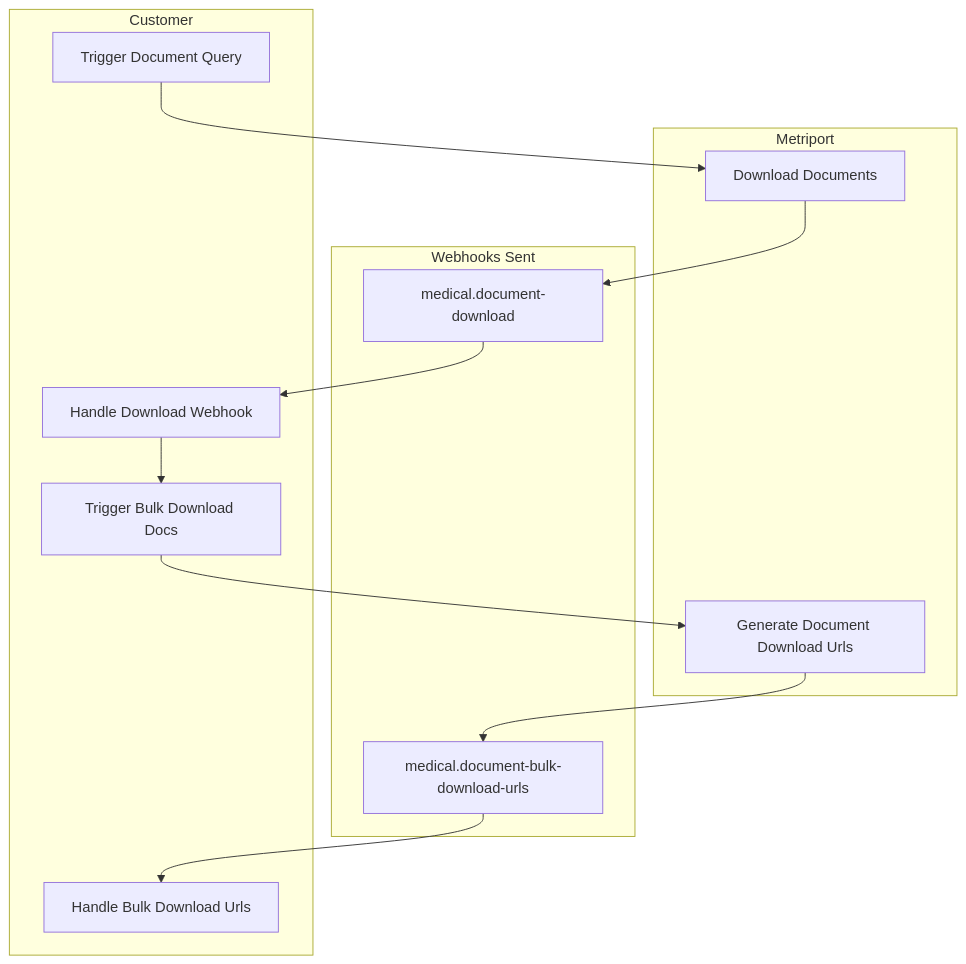
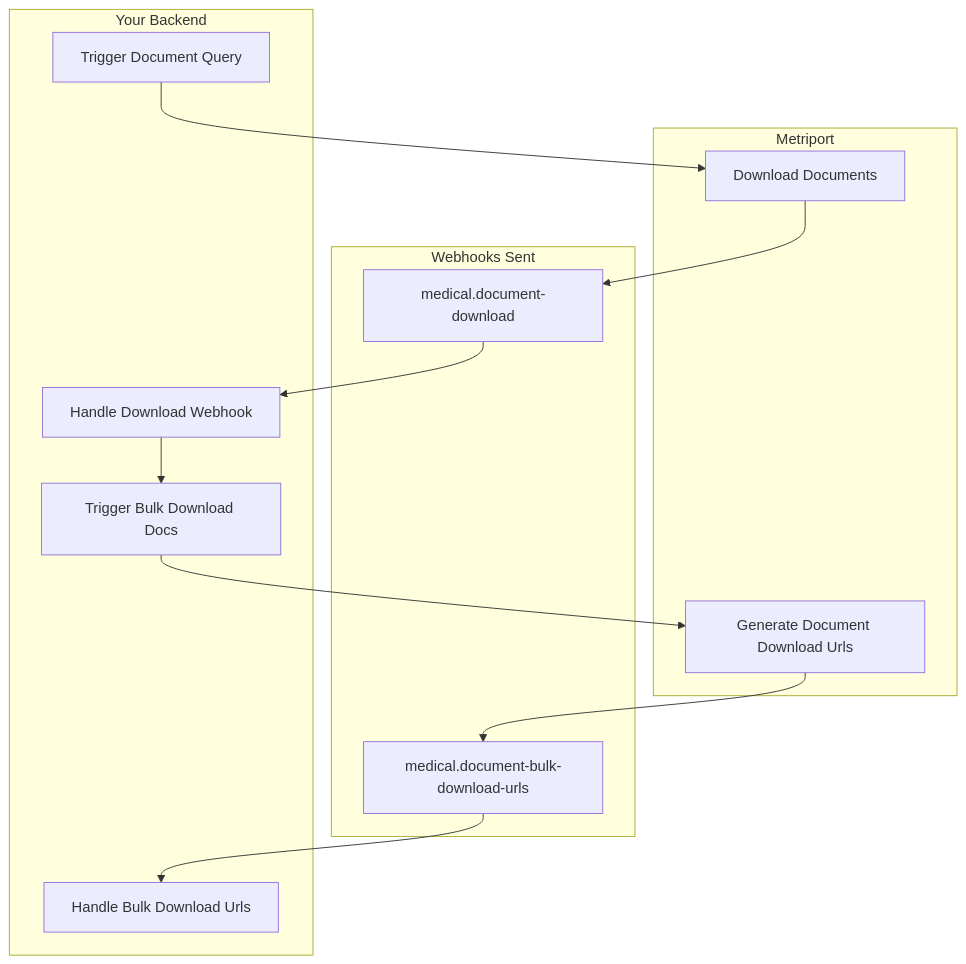
Before and after one commit to metriport/metriport: the first of 2 diagrams in docs/medical-api/more-info/webhooks.mdx, drawn with Mermaid. The commit also changed other lines of this file, not shown here.

````diff
--- a/docs/medical-api/more-info/webhooks.mdx
+++ b/docs/medical-api/more-info/webhooks.mdx
@@ -46,24 +46,24 @@
 ```mermaid
 flowchart TB
  subgraph s3["Metriport"]
         m1["Download Documents"]
         m2["Generate Document Download Urls"]
   end
  subgraph s2["Webhooks Sent"]
         w1["medical.document-download"]
         w2["medical.document-bulk-download-urls"]
   end
- subgraph s1["Customer"]
+ subgraph s1["Your Backend"]
         c1["Trigger Document Query"]
         c2["Handle Download Webhook"]
         c3["Trigger Bulk Download Docs"]
         c4["Handle Bulk Download Urls"]
   end
     c1 --> m1
     m1 --> w1
     w1 --> c2
     c2 --> c3
     c3 --> m2
     m2 --> w2
     w2 --> c4
 ```
````
